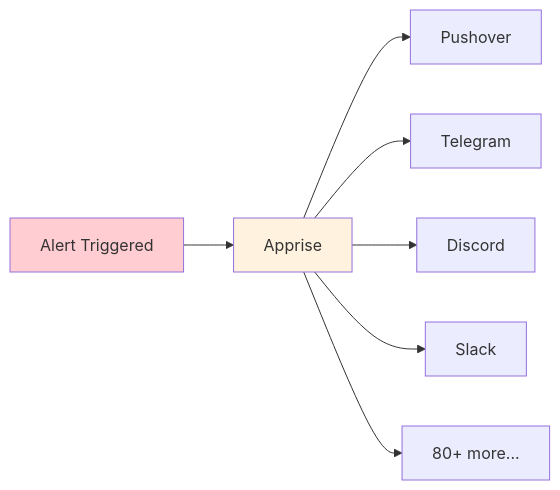
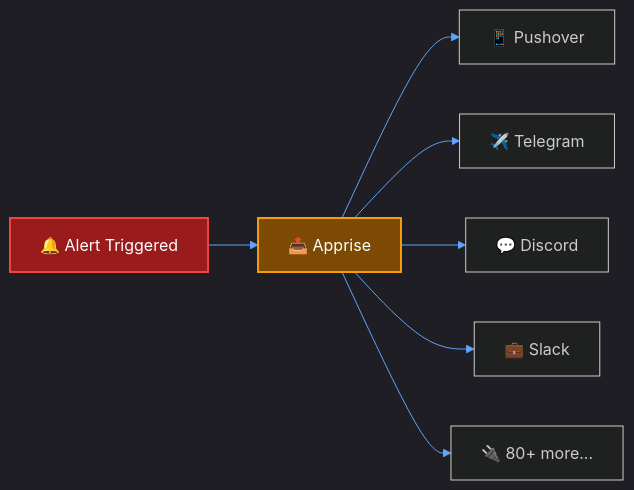
The seventh of 7 diagrams in docs/Getting Started/safety-and-alerts.md (CHA0S-CORP/SkySpyDocs), drawn with Mermaid before and after one commit. The commit also changed other lines of this file and 11 other files, not shown here.

````diff
--- a/docs/Getting Started/safety-and-alerts.md
+++ b/docs/Getting Started/safety-and-alerts.md
@@ -413,13 +419,14 @@
 ```mermaid
+%%{init: {'theme': 'dark', 'themeVariables': { 'primaryColor': '#1e3a5f', 'primaryTextColor': '#fff', 'primaryBorderColor': '#3b82f6', 'lineColor': '#60a5fa'}}}%%
 flowchart LR
-    ALERT[Alert Triggered] --> APPRISE[Apprise]
+    ALERT["🔔 Alert Triggered"] --> APPRISE["📤 Apprise"]
 
-    APPRISE --> PO[Pushover]
-    APPRISE --> TG[Telegram]
-    APPRISE --> DC[Discord]
-    APPRISE --> SL[Slack]
-    APPRISE --> MORE[80+ more...]
+    APPRISE --> PO["📱 Pushover"]
+    APPRISE --> TG["✈️ Telegram"]
+    APPRISE --> DC["💬 Discord"]
+    APPRISE --> SL["💼 Slack"]
+    APPRISE --> MORE["🔌 80+ more..."]
 
-    style ALERT fill:#ffcdd2
-    style APPRISE fill:#fff3e0
+    style ALERT fill:#991b1b,stroke:#ef4444,stroke-width:2px,color:#fff
+    style APPRISE fill:#7c4a03,stroke:#f59e0b,stroke-width:2px,color:#fff
 ```
````
